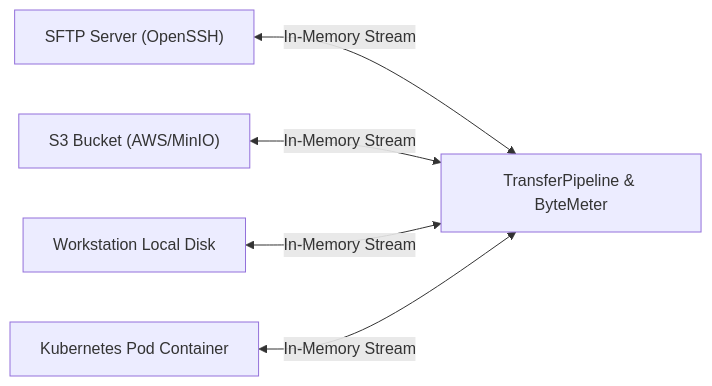
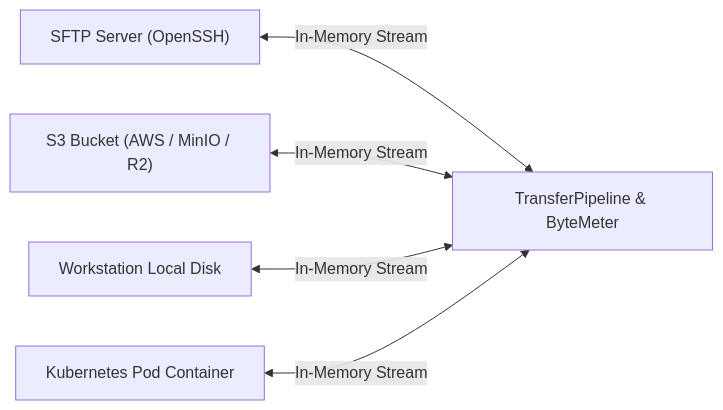
The diagram in docs/user-guide/file-manager.md (alun-hub/sshs3), drawn with Mermaid before and after one commit. The commit also changed other lines of this file and 14 other files, not shown here.

````diff
--- a/docs/user-guide/file-manager.md
+++ b/docs/user-guide/file-manager.md
@@ -108,7 +62,7 @@
 ```mermaid
 flowchart LR
     SFTP["SFTP Server (OpenSSH)"] <--> |In-Memory Stream| Pipeline["TransferPipeline & ByteMeter"]
-    S3["S3 Bucket (AWS/MinIO)"] <--> |In-Memory Stream| Pipeline
+    S3["S3 Bucket (AWS / MinIO / R2)"] <--> |In-Memory Stream| Pipeline
     Local["Workstation Local Disk"] <--> |In-Memory Stream| Pipeline
     K8s["Kubernetes Pod Container"] <--> |In-Memory Stream| Pipeline
 ```
````
